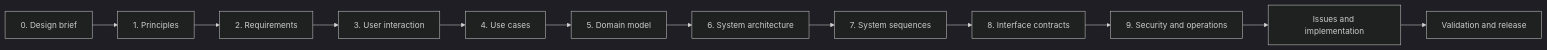
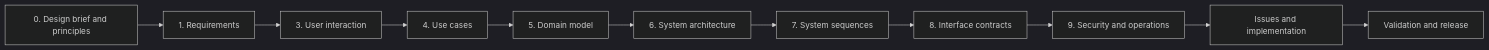
One commit to alan746/MySend changed the diagram in docs/design/README.md. Above: the diagram before and after it, drawn with Mermaid (dark theme). The commit also changed other lines of this file, not shown here.

Commit message:
docs(design): Update the requirements-first reading order

````diff
--- a/docs/design/README.md
+++ b/docs/design/README.md
@@ -11,14 +11,13 @@
 ```mermaid
 flowchart LR
-    A["0. Design brief"] --> B["1. Principles"]
-    B --> C["2. Requirements"]
-    C --> D["3. User interaction"]
+    A["0. Design brief and principles"] --> B["1. Requirements"]
+    B --> D["3. User interaction"]
     D --> E["4. Use cases"]
     E --> F["5. Domain model"]
     F --> G["6. System architecture"]
     G --> H["7. System sequences"]
     H --> I["8. Interface contracts"]
     I --> J["9. Security and operations"]
     J --> K["Issues and implementation"]
     K --> L["Validation and release"]
 ```
````
